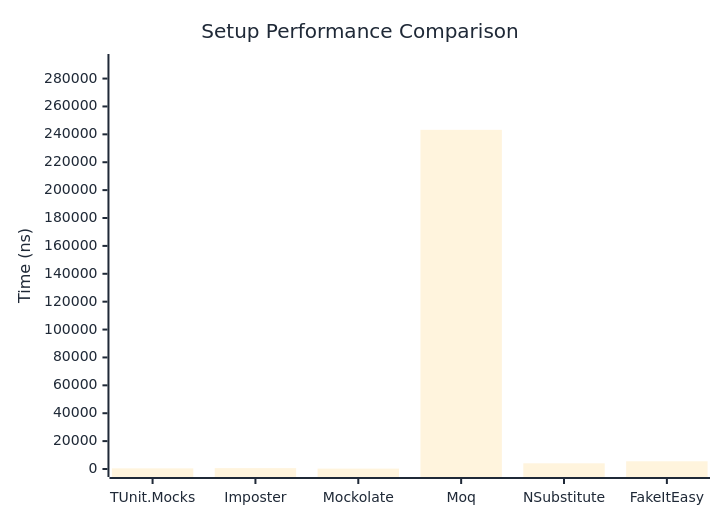
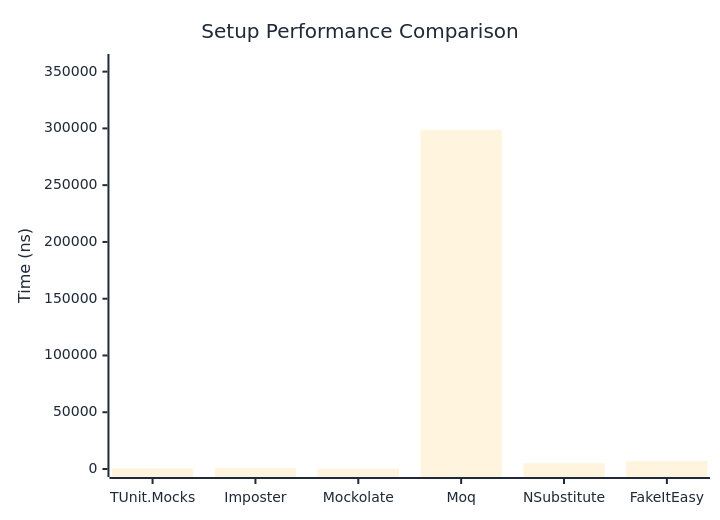
The first of 2 diagrams in docs/docs/benchmarks/mocks/Setup.md (thomhurst/TUnit), drawn with Mermaid before and after one commit. The commit also changed other lines of this file and 14 other files, not shown here.

````diff
--- a/docs/docs/benchmarks/mocks/Setup.md
+++ b/docs/docs/benchmarks/mocks/Setup.md
@@ -30,27 +30,27 @@
 ```mermaid
 %%{init: {
   'theme':'base',
   'themeVariables': {
     'primaryColor': '#2563eb',
     'primaryTextColor': '#1f2937',
     'primaryBorderColor': '#1e40af',
     'lineColor': '#6b7280',
     'secondaryColor': '#7c3aed',
     'tertiaryColor': '#dc2626',
     'background': '#ffffff',
     'pie1': '#2563eb',
     'pie2': '#7c3aed',
     'pie3': '#dc2626',
     'pie4': '#f59e0b',
     'pie5': '#10b981',
     'pie6': '#06b6d4',
     'pie7': '#ec4899',
     'pie8': '#6366f1'
   }
 }}%%
 xychart-beta
   title "Setup Performance Comparison"
   x-axis ["TUnit.Mocks", "Imposter", "Mockolate", "Moq", "NSubstitute", "FakeItEasy"]
-  y-axis "Time (ns)" 0 --> 291883
-  bar [454.2, 627.9, 283.6, 243235.3, 4076.4, 5549]
+  y-axis "Time (ns)" 0 --> 358491
+  bar [550.8, 767.2, 360.6, 298742, 5081.8, 7061.5]
 ```
````
